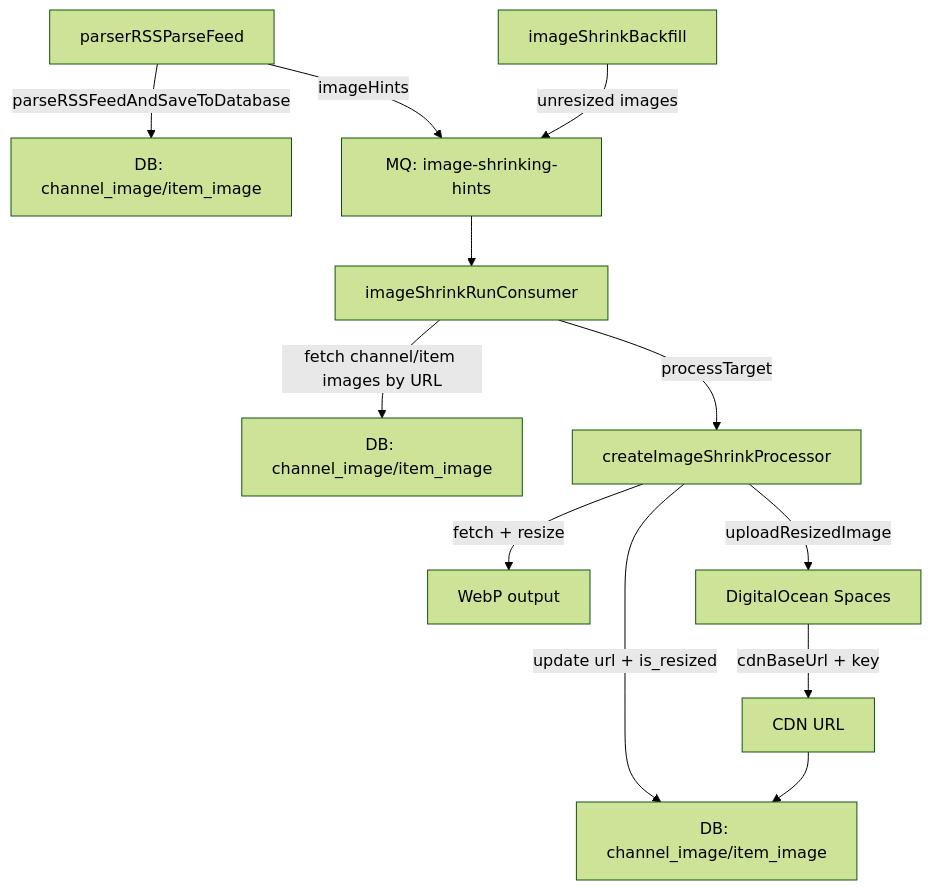
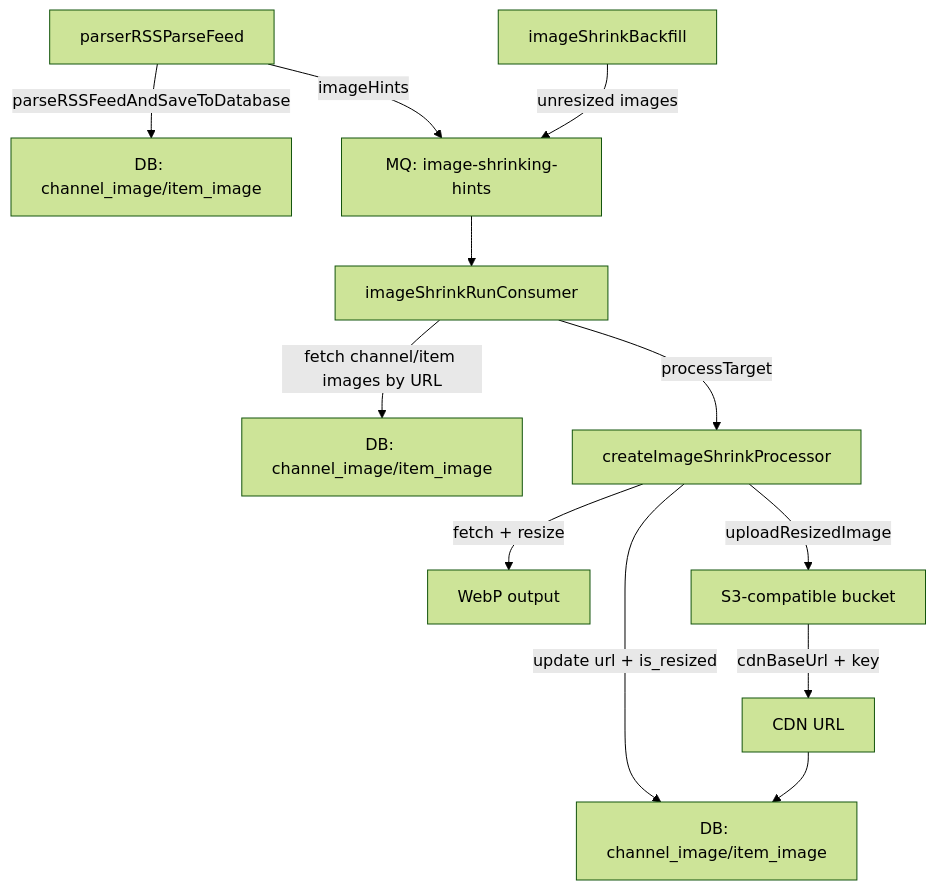
The diagram in docs/image-shrinking/ARCHITECTURE/01-FLOW.md (podverse/podverse), drawn with Mermaid (forest theme) before and after one commit. The commit also changed 624 other files, not shown here.

````diff
--- a/docs/image-shrinking/ARCHITECTURE/01-FLOW.md
+++ b/docs/image-shrinking/ARCHITECTURE/01-FLOW.md
@@ -14,17 +14,17 @@
 ```mermaid
 flowchart TD
   rssParse[parserRSSParseFeed] -->|parseRSSFeedAndSaveToDatabase| dbWrite[DB: channel_image/item_image]
   rssParse -->|imageHints| mqHints["MQ: image-shrinking-hints"]
   backfill[imageShrinkBackfill] -->|unresized images| mqHints
 
   mqHints --> consumer[imageShrinkRunConsumer]
   consumer -->|fetch channel/item images by URL| imageRows[DB: channel_image/item_image]
   consumer -->|processTarget| resize[createImageShrinkProcessor]
 
   resize -->|fetch + resize| webp[WebP output]
-  resize -->|uploadResizedImage| storage["DigitalOcean Spaces"]
+  resize -->|uploadResizedImage| storage["S3-compatible bucket"]
   resize -->|update url + is_resized| dbResized[DB: channel_image/item_image]
 
   storage -->|cdnBaseUrl + key| cdnUrl[CDN URL]
   cdnUrl --> dbResized
 ```
````
